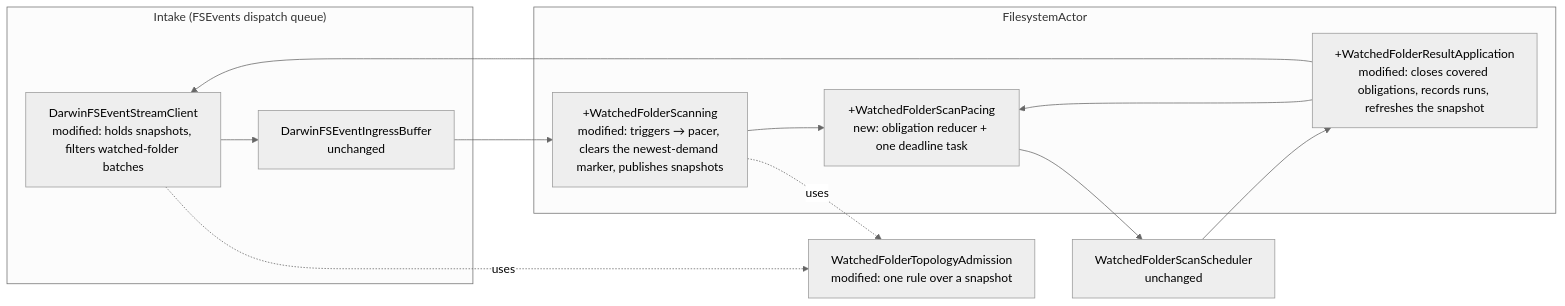
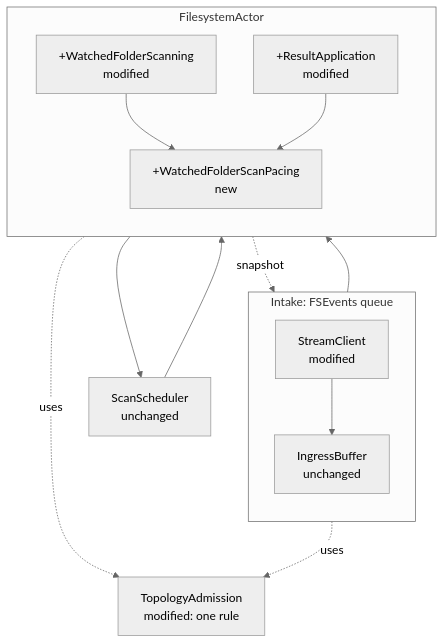
The sixth of 7 diagrams in docs/specs/2026-11-04-fsevents-overload/2026-11-04-fsevents-overload-program-design.md (getagentstudio/agentstudio), drawn with Mermaid (neutral theme) before and after one commit. The commit also changed other lines of this file and 2 other files, not shown here.

Commit message:
docs(specs): fit wide diagrams to the page canvas; split entity map

````diff
--- a/docs/specs/2026-11-04-fsevents-overload/2026-11-04-fsevents-overload-program-design.md
+++ b/docs/specs/2026-11-04-fsevents-overload/2026-11-04-fsevents-overload-program-design.md
@@ -181,20 +182,22 @@
 ```mermaid
-flowchart LR
-  subgraph intake["Intake (FSEvents dispatch queue)"]
-    client["DarwinFSEventStreamClient<br/>modified: holds snapshots, filters watched-folder batches"]
-    buffer["DarwinFSEventIngressBuffer<br/>unchanged"]
+flowchart TD
+  subgraph intake["Intake: FSEvents queue"]
+    direction TB
+    client["StreamClient<br/>modified"]
+    buffer["IngressBuffer<br/>unchanged"]
   end
   subgraph actor["FilesystemActor"]
-    ws["+WatchedFolderScanning<br/>modified: triggers → pacer, clears the newest-demand marker, publishes snapshots"]
-    pacing["+WatchedFolderScanPacing<br/>new: obligation reducer + one deadline task"]
-    apply["+WatchedFolderResultApplication<br/>modified: closes covered obligations, records runs, refreshes the snapshot"]
+    direction TB
+    ws["+WatchedFolderScanning<br/>modified"]
+    pacing["+WatchedFolderScanPacing<br/>new"]
+    apply["+ResultApplication<br/>modified"]
   end
-  rule["WatchedFolderTopologyAdmission<br/>modified: one rule over a snapshot"]
-  sched["WatchedFolderScanScheduler<br/>unchanged"]
+  rule["TopologyAdmission<br/>modified: one rule"]
+  sched["ScanScheduler<br/>unchanged"]
   client --> buffer --> ws
   client -. uses .-> rule
   ws -. uses .-> rule
   ws --> pacing --> sched
   sched --> apply --> pacing
-  apply --> client
+  apply -. snapshot .-> client
 ```
````
